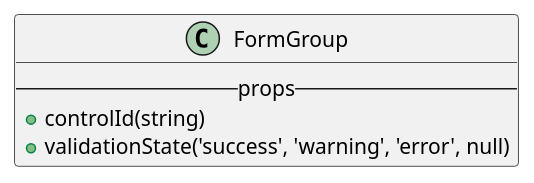
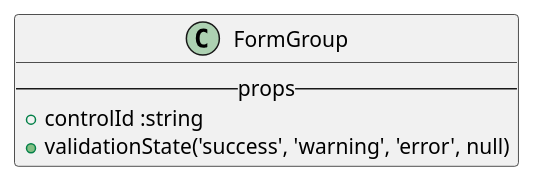
One commit to M9k/Marvin-Uml changed the diagram in react/bootstrap/formgroup.iuml. Above: the diagram before and after it, drawn with PlantUML. The commit also changed 10 other files, not shown here.

Commit message:
fix uml standard parte bootstrap

```diff
--- a/react/bootstrap/formgroup.iuml
+++ b/react/bootstrap/formgroup.iuml
@@ -1,5 +1,5 @@
 class FormGroup{
     --props--
-        + controlId(string)
-        +validationState('success', 'warning', 'error', null)
+        + controlId :string
+        + validationState('success', 'warning', 'error', null)
 }
```
